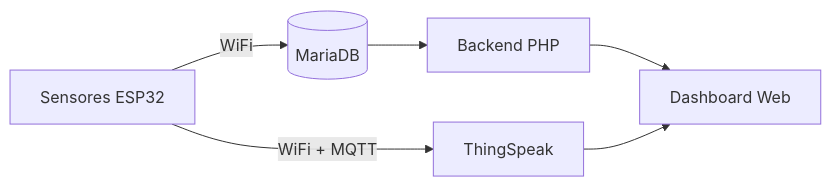
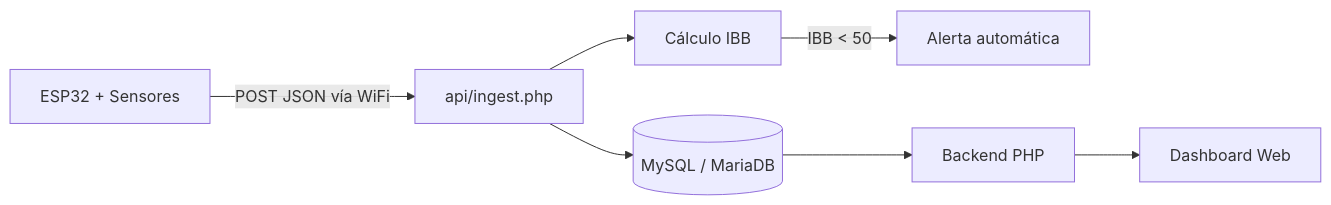
Before and after one commit to jeronimoparra-ai/BeeStation_Sena: the first of 2 diagrams in README.md, drawn with Mermaid. The commit also changed other lines of this file, not shown here.

First line of the commit message:
Revise README for updated data flow and features

````diff
--- a/README.md
+++ b/README.md
@@ -22,8 +21,9 @@
 ```mermaid
 flowchart LR
-    A[Sensores ESP32] -->|WiFi + MQTT| B[ThingSpeak]
-    A -->|WiFi| C[(MariaDB)]
-    C --> D[Backend PHP]
-    D --> E[Dashboard Web]
-    B --> E
+    A[ESP32 + Sensores] -->|POST JSON vía WiFi| B[api/ingest.php]
+    B --> C[(MySQL / MariaDB)]
+    B --> D[Cálculo IBB]
+    D -->|IBB < 50| E[Alerta automática]
+    C --> F[Backend PHP]
+    F --> G[Dashboard Web]
 ```
````
